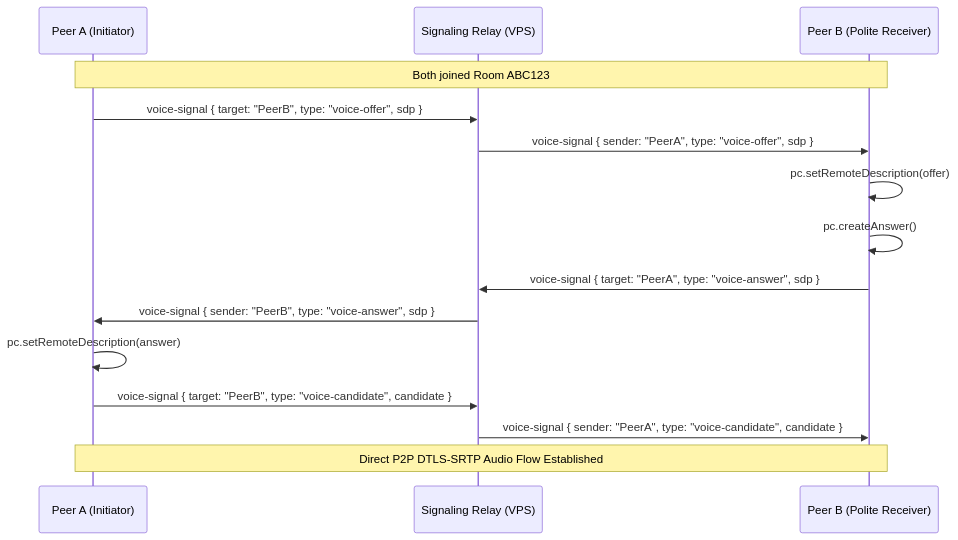
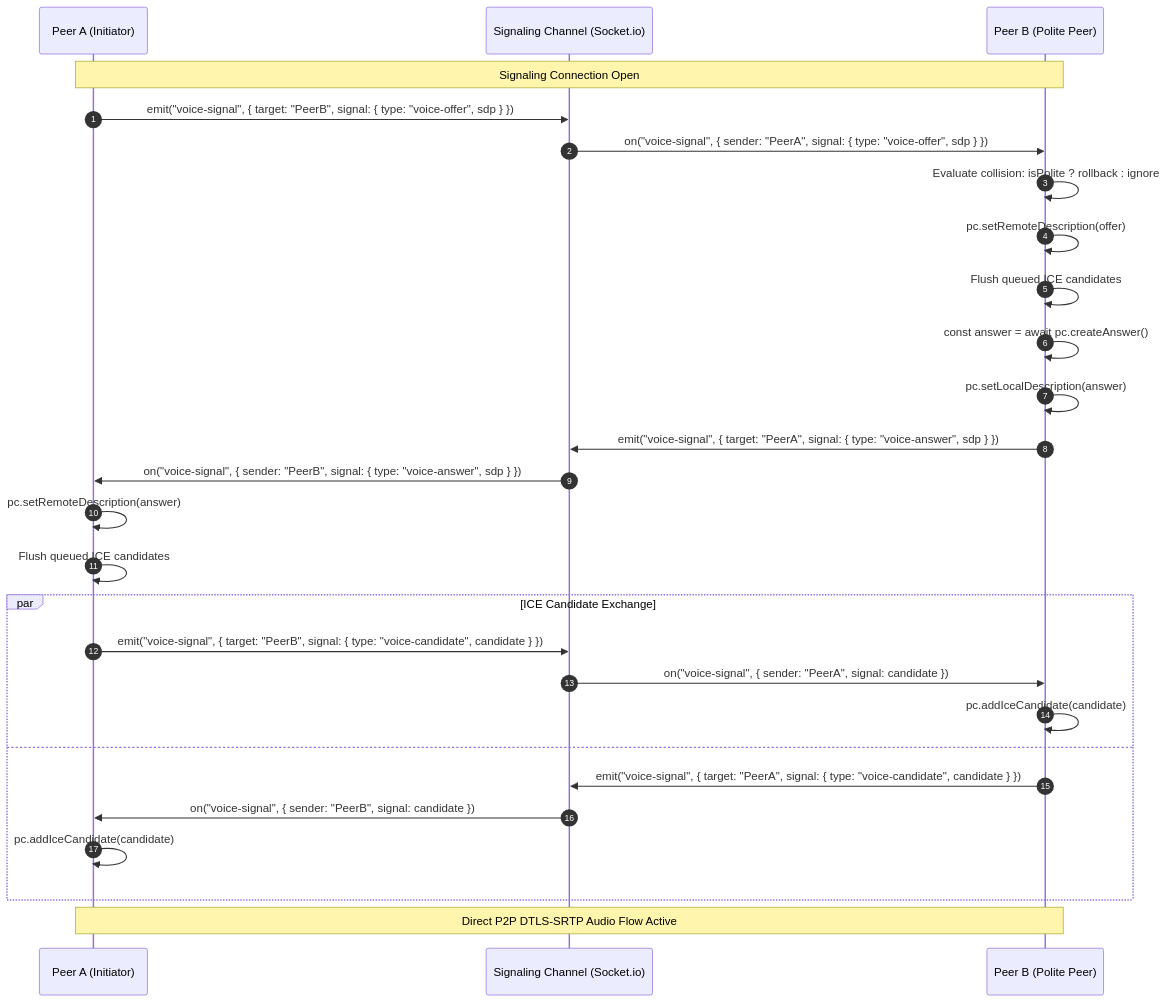
Before and after one commit to AvishkarKedar/textshare: the third of 4 diagrams in Architecture.md, drawn with Mermaid. The commit also changed other lines of this file and 5 other files, not shown here.

Commit message:
docs: expand PRD, Architecture, rules, design, tasks, and memory documentation to 5x minute detail

````diff
--- a/Architecture.md
+++ b/Architecture.md
@@ -97,18 +167,32 @@
 ```mermaid
 sequenceDiagram
+    autonumber
     participant PeerA as Peer A (Initiator)
-    participant Relay as Signaling Relay (VPS)
-    participant PeerB as Peer B (Polite Receiver)
+    participant Relay as Signaling Channel (Socket.io)
+    participant PeerB as Peer B (Polite Peer)
 
-    Note over PeerA,PeerB: Both joined Room ABC123
-    PeerA->>Relay: voice-signal { target: "PeerB", type: "voice-offer", sdp }
-    Relay->>PeerB: voice-signal { sender: "PeerA", type: "voice-offer", sdp }
+    Note over PeerA,PeerB: Signaling Connection Open
+    PeerA->>Relay: emit("voice-signal", { target: "PeerB", signal: { type: "voice-offer", sdp } })
+    Relay->>PeerB: on("voice-signal", { sender: "PeerA", signal: { type: "voice-offer", sdp } })
+    PeerB->>PeerB: Evaluate collision: isPolite ? rollback : ignore
     PeerB->>PeerB: pc.setRemoteDescription(offer)
-    PeerB->>PeerB: pc.createAnswer()
-    PeerB->>Relay: voice-signal { target: "PeerA", type: "voice-answer", sdp }
-    Relay->>PeerA: voice-signal { sender: "PeerB", type: "voice-answer", sdp }
+    PeerB->>PeerB: Flush queued ICE candidates
+    PeerB->>PeerB: const answer = await pc.createAnswer()
+    PeerB->>PeerB: pc.setLocalDescription(answer)
+    PeerB->>Relay: emit("voice-signal", { target: "PeerA", signal: { type: "voice-answer", sdp } })
+    Relay->>PeerA: on("voice-signal", { sender: "PeerB", signal: { type: "voice-answer", sdp } })
     PeerA->>PeerA: pc.setRemoteDescription(answer)
-    PeerA->>Relay: voice-signal { target: "PeerB", type: "voice-candidate", candidate }
-    Relay->>PeerB: voice-signal { sender: "PeerA", type: "voice-candidate", candidate }
-    Note over PeerA,PeerB: Direct P2P DTLS-SRTP Audio Flow Established
+    PeerA->>PeerA: Flush queued ICE candidates
+
+    par ICE Candidate Exchange
+        PeerA->>Relay: emit("voice-signal", { target: "PeerB", signal: { type: "voice-candidate", candidate } })
+        Relay->>PeerB: on("voice-signal", { sender: "PeerA", signal: candidate })
+        PeerB->>PeerB: pc.addIceCandidate(candidate)
+    and
+        PeerB->>Relay: emit("voice-signal", { target: "PeerA", signal: { type: "voice-candidate", candidate } })
+        Relay->>PeerA: on("voice-signal", { sender: "PeerB", signal: candidate })
+        PeerA->>PeerA: pc.addIceCandidate(candidate)
+    end
+
+    Note over PeerA,PeerB: Direct P2P DTLS-SRTP Audio Flow Active
 ```
````
